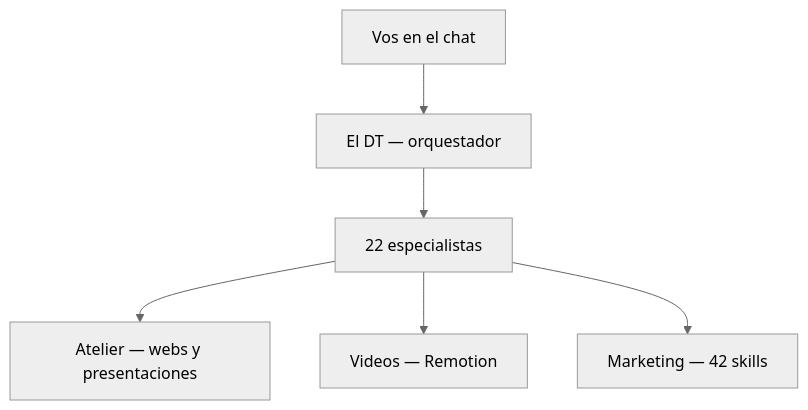
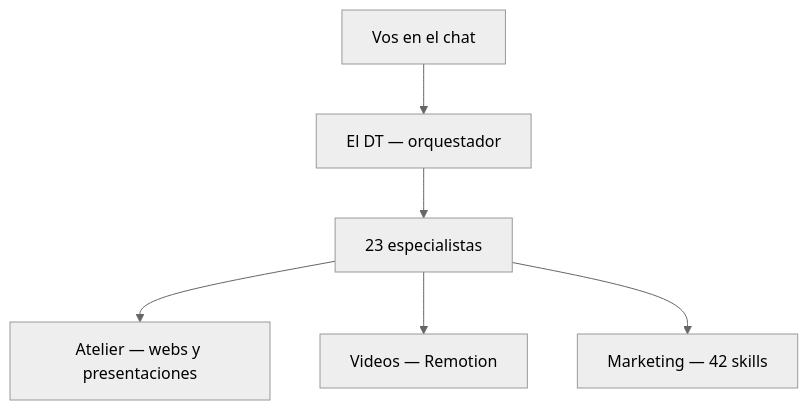
The first of 2 diagrams in README.md (Mazalucas/El-DT-Lightweight-Army), drawn with Mermaid (neutral theme) before and after one commit. The commit also changed other lines of this file and 74 other files, not shown here.

````diff
--- a/README.md
+++ b/README.md
@@ -103,14 +107,14 @@
 ```mermaid
 flowchart TB
   vos[Vos en el chat]
   dt[El DT — orquestador]
-  esp[22 especialistas]
+  esp[23 especialistas]
   atelier[Atelier — webs y presentaciones]
   video[Videos — Remotion]
   mkt[Marketing — 42 skills]
   vos --> dt
   dt --> esp
   esp --> atelier
   esp --> video
   esp --> mkt
 ```
````
